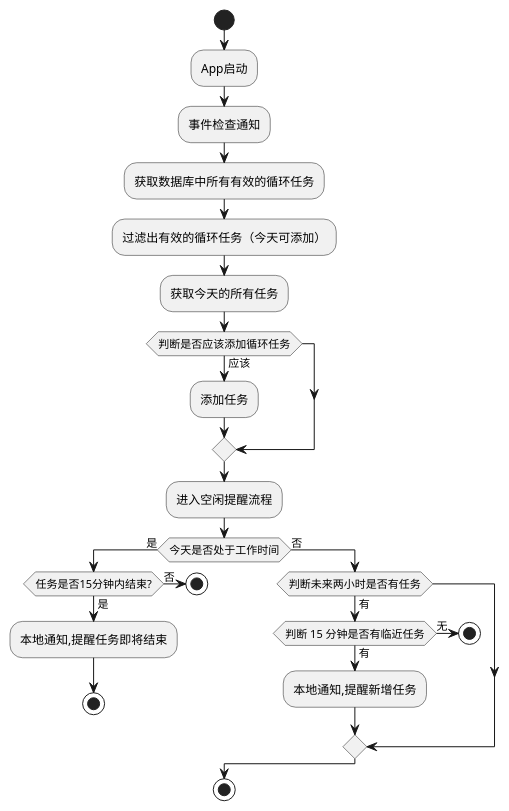
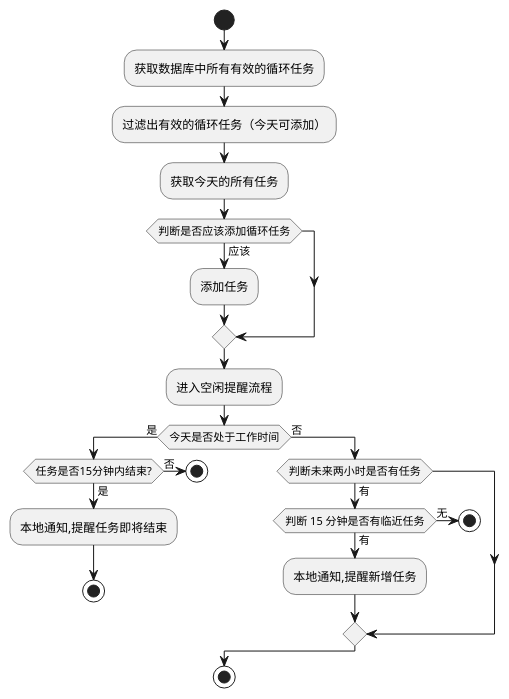
The diagram in prompt/noti.pu (Mainstayz/fates-app), drawn with PlantUML before and after one commit. The commit also changed 4 other files, not shown here.

```diff
--- a/prompt/noti.pu
+++ b/prompt/noti.pu
@@ -1,29 +1,27 @@
 @startuml
 start
-:App启动;
-:事件检查通知;
 :获取数据库中所有有效的循环任务;
 :过滤出有效的循环任务（今天可添加）;
 :获取今天的所有任务;
 if (判断是否应该添加循环任务) then (应该)
     :添加任务;
 endif
 :进入空闲提醒流程;
 if (今天是否处于工作时间) then (是)
     if (任务是否15分钟内结束?) then (是)
         :本地通知,提醒任务即将结束;
         stop
     else (否)
         stop
     endif
 else (否)
     if (判断未来两小时是否有任务) then (有)
         if (判断 15 分钟是否有临近任务) then (有)
             :本地通知,提醒新增任务;
         else (无)
             stop
         endif
     endif
 endif
 stop
 @enduml
```
